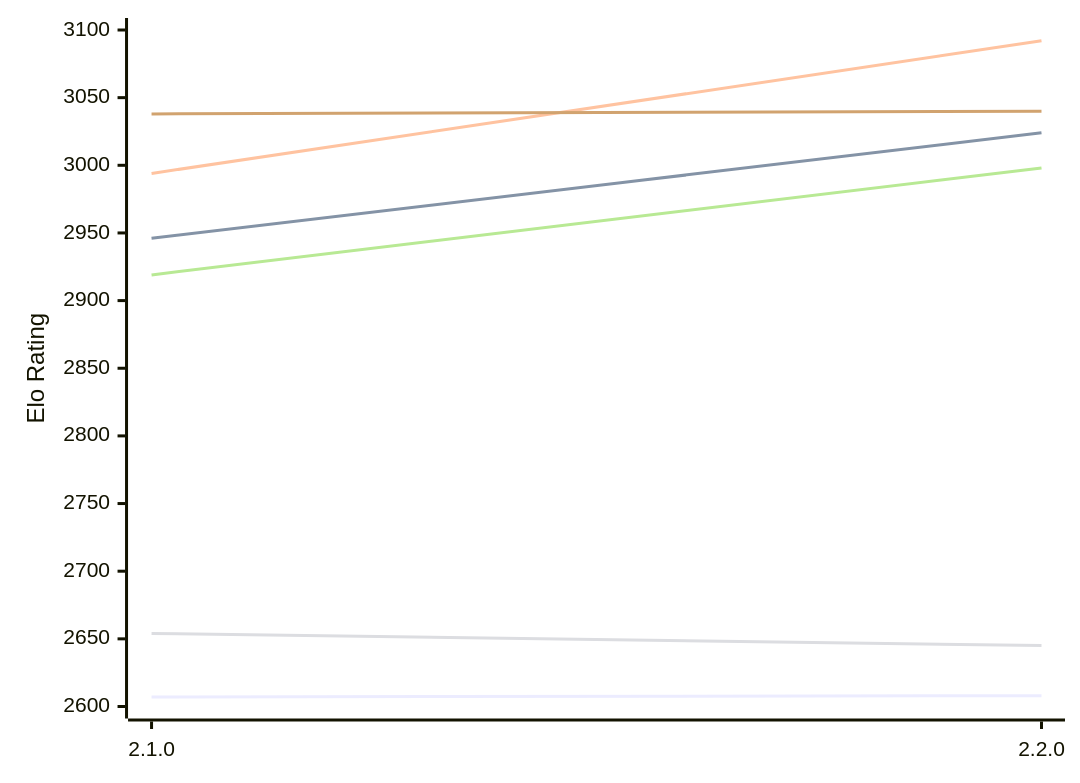
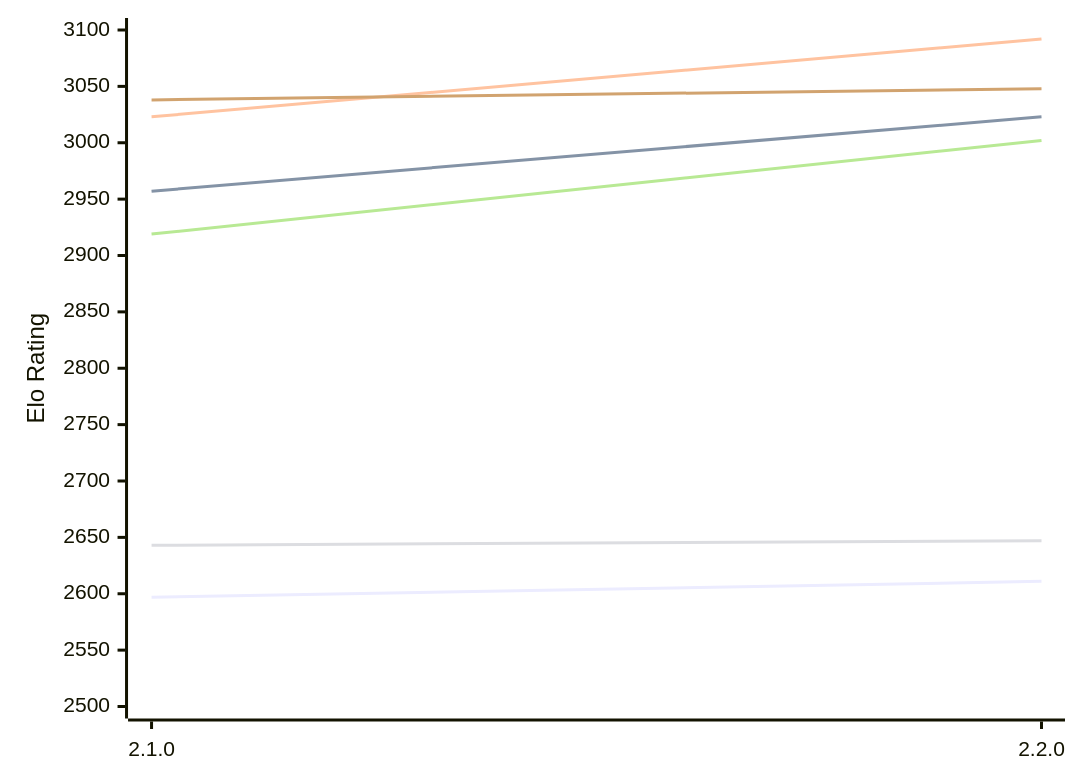
The first of 2 diagrams in engines/Aspen.md (computer-chess-index/cci), drawn with Mermaid before and after one commit. The commit also changed other lines of this file, not shown here.

Commit message:
Update CCI Ratings (ELO VLTC) - 2026-11-17

````diff
--- a/engines/Aspen.md
+++ b/engines/Aspen.md
@@ -52,12 +52,12 @@
 ```mermaid
 %%{init: {"theme":"base","themeVariables":{"seriesColors:['#a3a3a3','#222221','#faa371']}}}%%
 xychart-beta
   x-axis ["2.1.0", "2.2.0"]
-  y-axis "Elo Rating" 2600 --> 3100
-  line "E1: STC (8.0+0.08s)" [2607, 2608]
-  line "E1: LTC (60.0+0.60s)" [2946, 3024]
-  line "E1: VLTC (2m24s+1.12s)" [2994, 3092]
-  line "P1: STC (8.0+0.08s)" [2654, 2645]
-  line "P1: LTC (60.0+0.60s)" [2919, 2998]
-  line "P1: VLTC (2m24s+1.12s)" [3038, 3040]
+  y-axis "Elo Rating" 2500 --> 3100
+  line "E1: STC (8.0+0.08s)" [2597, 2611]
+  line "E1: LTC (60.0+0.60s)" [2957, 3023]
+  line "E1: VLTC (2m24s+1.12s)" [3023, 3092]
+  line "P1: STC (8.0+0.08s)" [2643, 2647]
+  line "P1: LTC (60.0+0.60s)" [2919, 3002]
+  line "P1: VLTC (2m24s+1.12s)" [3038, 3048]
 ```
````
